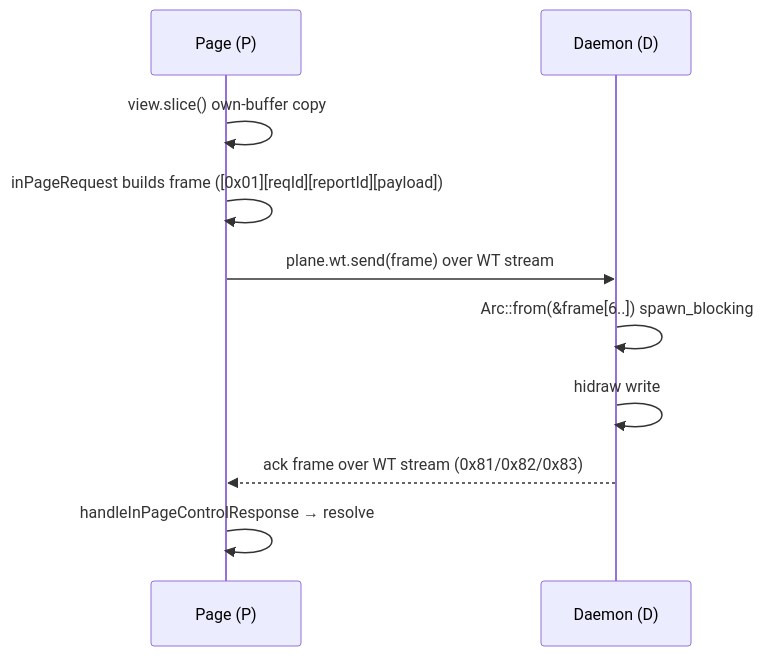
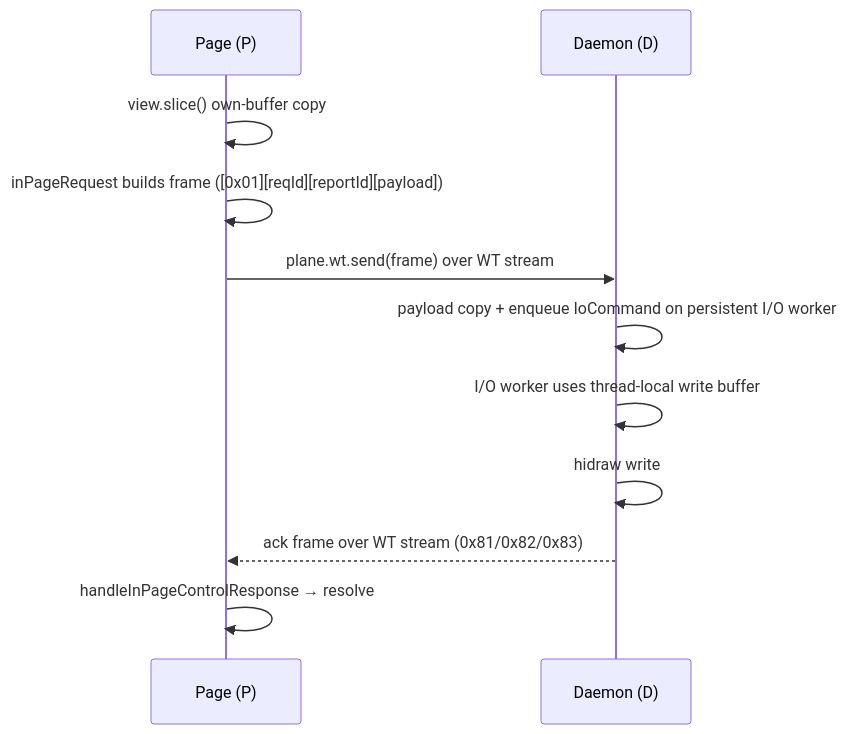
Before and after one commit to K4zoku/FF-WebHID: the sixth of 16 diagrams in docs/DATA_PATH.md, drawn with Mermaid. The commit also changed other lines of this file and 4 other files, not shown here.

````diff
--- a/docs/DATA_PATH.md
+++ b/docs/DATA_PATH.md
@@ -458,13 +464,14 @@
 ```mermaid
 sequenceDiagram
     participant P as Page (P)
     participant D as Daemon (D)
 
     P->>P: view.slice() own-buffer copy
     P->>P: inPageRequest builds frame ([0x01][reqId][reportId][payload])
     P->>D: plane.wt.send(frame) over WT stream
-    D->>D: Arc::from(&frame[6..]) spawn_blocking
+    D->>D: payload copy + enqueue IoCommand on persistent I/O worker
+    D->>D: I/O worker uses thread-local write buffer
     D->>D: hidraw write
     D-->>P: ack frame over WT stream (0x81/0x82/0x83)
     P->>P: handleInPageControlResponse → resolve
 ```
````
